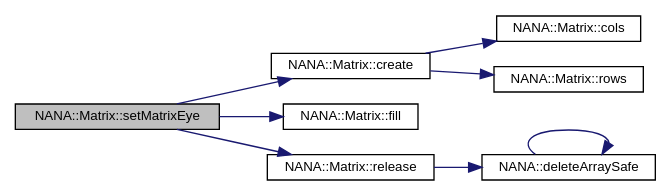
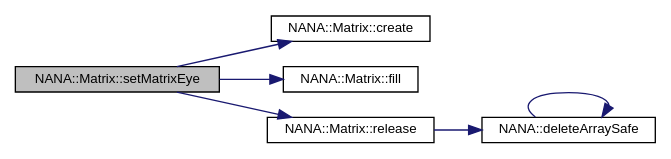
Before and after one commit to YuruTu/NANA: the diagram in docs/class_n_a_n_a_1_1_matrix_a0a5423a5d4ad70b3225216b7a6542ee4_cgraph.dot, drawn with Graphviz. The commit also changed 83 other files, not shown here.

```diff
--- a/docs/class_n_a_n_a_1_1_matrix_a0a5423a5d4ad70b3225216b7a6542ee4_cgraph.dot
+++ b/docs/class_n_a_n_a_1_1_matrix_a0a5423a5d4ad70b3225216b7a6542ee4_cgraph.dot
@@ -1,21 +1,17 @@
 digraph "NANA::Matrix::setMatrixEye"
 {
  // LATEX_PDF_SIZE
   edge [fontname="Helvetica",fontsize="10",labelfontname="Helvetica",labelfontsize="10"];
   node [fontname="Helvetica",fontsize="10",shape=record];
   rankdir="LR";
   Node1 [label="NANA::Matrix::setMatrixEye",height=0.2,width=0.4,color="black", fillcolor="grey75", style="filled", fontcolor="black",tooltip="将当前矩阵设置为单位矩阵"];
   Node1 -> Node2 [color="midnightblue",fontsize="10",style="solid",fontname="Helvetica"];
   Node2 [label="NANA::Matrix::create",height=0.2,width=0.4,color="black", fillcolor="white", style="filled",URL="$class_n_a_n_a_1_1_matrix.html#a9143733c65d050c962bb9ea8fe03d19b",tooltip="申请内存"];
-  Node2 -> Node3 [color="midnightblue",fontsize="10",style="solid",fontname="Helvetica"];
-  Node3 [label="NANA::Matrix::cols",height=0.2,width=0.4,color="black", fillcolor="white", style="filled",URL="$class_n_a_n_a_1_1_matrix.html#a5e7705b4d776c325b12b0599c021f607",tooltip="获取矩阵的列数"];
-  Node2 -> Node4 [color="midnightblue",fontsize="10",style="solid",fontname="Helvetica"];
-  Node4 [label="NANA::Matrix::rows",height=0.2,width=0.4,color="black", fillcolor="white", style="filled",URL="$class_n_a_n_a_1_1_matrix.html#a59af2b31be0c8625466dea7fa5a36afa",tooltip="获取矩阵的行数"];
-  Node1 -> Node5 [color="midnightblue",fontsize="10",style="solid",fontname="Helvetica"];
-  Node5 [label="NANA::Matrix::fill",height=0.2,width=0.4,color="black", fillcolor="white", style="filled",URL="$class_n_a_n_a_1_1_matrix.html#aeac2a4af02d821da6f1890f4073eac51",tooltip="用value填充Matrix的全部内容"];
-  Node1 -> Node6 [color="midnightblue",fontsize="10",style="solid",fontname="Helvetica"];
-  Node6 [label="NANA::Matrix::release",height=0.2,width=0.4,color="black", fillcolor="white", style="filled",URL="$class_n_a_n_a_1_1_matrix.html#af89b2a36817707cc891210384ac59f98",tooltip="释放已申请的内存"];
-  Node6 -> Node7 [color="midnightblue",fontsize="10",style="solid",fontname="Helvetica"];
-  Node7 [label="NANA::deleteArraySafe",height=0.2,width=0.4,color="black", fillcolor="white", style="filled",URL="$safememory_8hpp.html#a4ef1679be806b08b4ac9941cb4045adb",tooltip="deleteArraySafe 安全释放 xxx * a = new xxx[num];申请的内存"];
-  Node7 -> Node7 [color="midnightblue",fontsize="10",style="solid",fontname="Helvetica"];
+  Node1 -> Node3 [color="midnightblue",fontsize="10",style="solid",fontname="Helvetica"];
+  Node3 [label="NANA::Matrix::fill",height=0.2,width=0.4,color="black", fillcolor="white", style="filled",URL="$class_n_a_n_a_1_1_matrix.html#aeac2a4af02d821da6f1890f4073eac51",tooltip="用value填充Matrix的全部内容"];
+  Node1 -> Node4 [color="midnightblue",fontsize="10",style="solid",fontname="Helvetica"];
+  Node4 [label="NANA::Matrix::release",height=0.2,width=0.4,color="black", fillcolor="white", style="filled",URL="$class_n_a_n_a_1_1_matrix.html#af89b2a36817707cc891210384ac59f98",tooltip="释放已申请的内存"];
+  Node4 -> Node5 [color="midnightblue",fontsize="10",style="solid",fontname="Helvetica"];
+  Node5 [label="NANA::deleteArraySafe",height=0.2,width=0.4,color="black", fillcolor="white", style="filled",URL="$safememory_8hpp.html#a4ef1679be806b08b4ac9941cb4045adb",tooltip="deleteArraySafe 安全释放 xxx * a = new xxx[num];申请的内存"];
+  Node5 -> Node5 [color="midnightblue",fontsize="10",style="solid",fontname="Helvetica"];
 }
```
